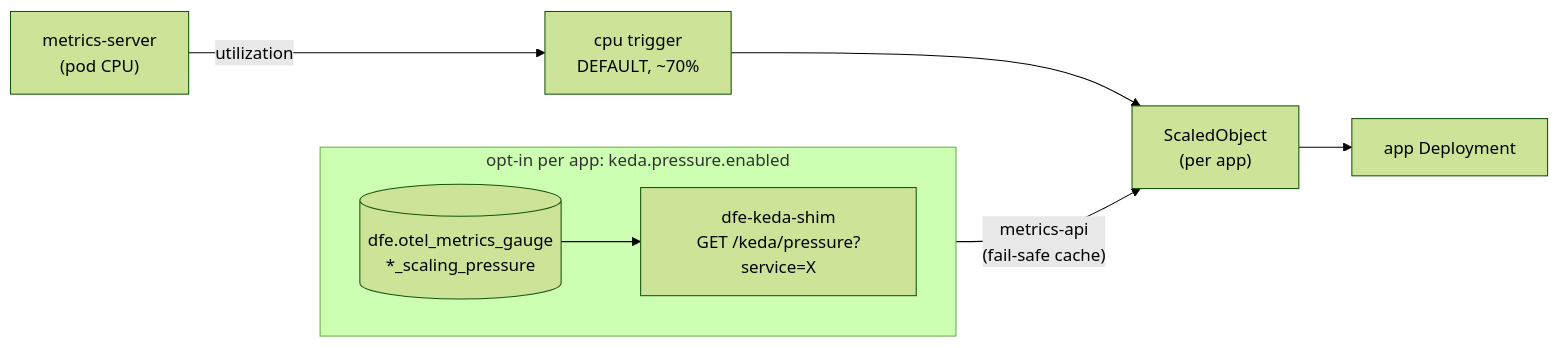
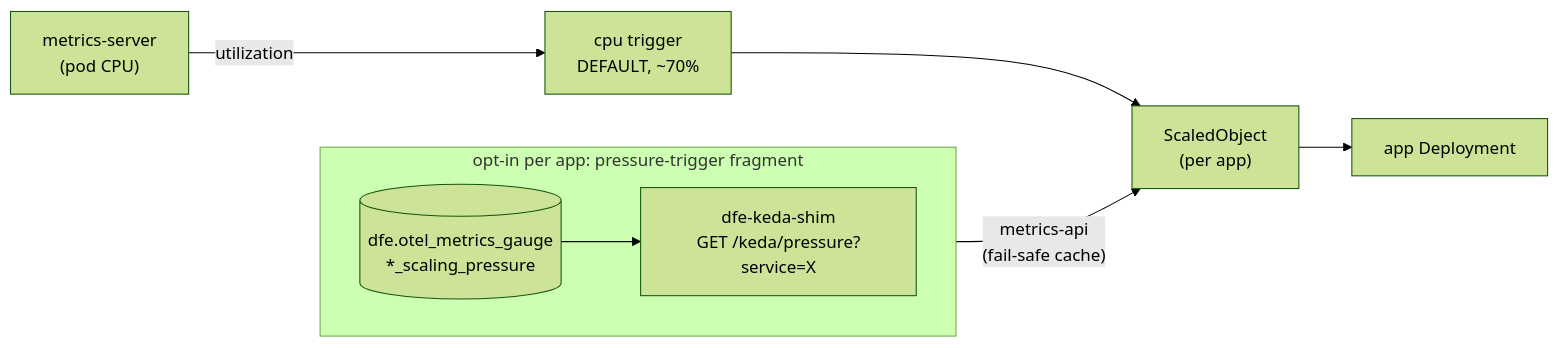
Before and after one commit to hyperi-io/dfe-engine: the diagram in docs/deployment/keda-scaling.md, drawn with Mermaid (forest theme). The commit also changed other lines of this file, not shown here.

First line of the commit message:
fix: describe how an app opts into the pressure trigger (#818)

````diff
--- a/docs/deployment/keda-scaling.md
+++ b/docs/deployment/keda-scaling.md
@@ -22,11 +24,11 @@
 ```mermaid
 flowchart LR
     ms["metrics-server\n(pod CPU)"] -->|utilization| cpuTrig["cpu trigger\nDEFAULT, ~70%"]
-    subgraph shimPath["opt-in per app: keda.pressure.enabled"]
+    subgraph shimPath["opt-in per app: pressure-trigger fragment"]
         direction LR
         gauge[("dfe.otel_metrics_gauge\n*_scaling_pressure")] --> shim["dfe-keda-shim\nGET /keda/pressure?service=X"]
     end
     cpuTrig --> so["ScaledObject\n(per app)"]
     shim -->|"metrics-api\n(fail-safe cache)"| so
     so --> dep["app Deployment"]
 ```
````
